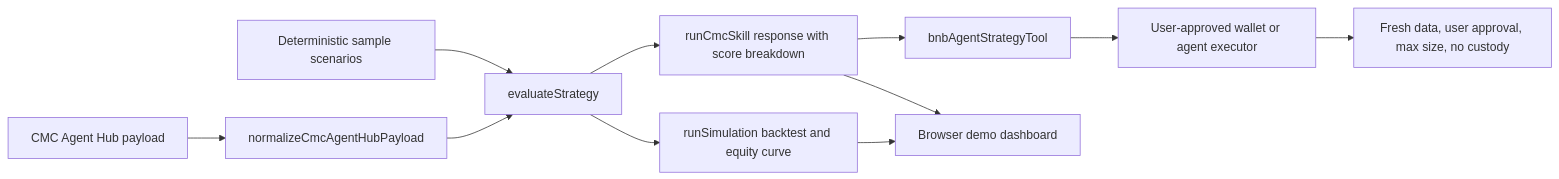
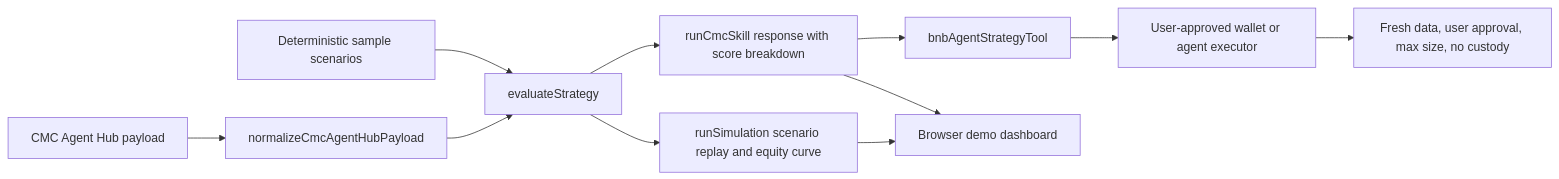
One commit to xuanpengcao10-rgb/bnb-track2-risk-skill changed the diagram in docs/architecture.md. Above: the diagram before and after it, drawn with Mermaid. The commit also changed other lines of this file and 28 other files, not shown here.

````diff
--- a/docs/architecture.md
+++ b/docs/architecture.md
@@ -5,13 +5,13 @@
 ```mermaid
 flowchart LR
   cmc["CMC Agent Hub payload"] --> cmcAdapter["normalizeCmcAgentHubPayload"]
   scenario["Deterministic sample scenarios"] --> strategy["evaluateStrategy"]
   cmcAdapter --> strategy
   strategy --> skill["runCmcSkill response with score breakdown"]
-  strategy --> simulation["runSimulation backtest and equity curve"]
+  strategy --> simulation["runSimulation scenario replay and equity curve"]
   skill --> bnbTool["bnbAgentStrategyTool"]
   skill --> dashboard["Browser demo dashboard"]
   simulation --> dashboard
   bnbTool --> executor["User-approved wallet or agent executor"]
   executor --> guard["Fresh data, user approval, max size, no custody"]
 ```
````
